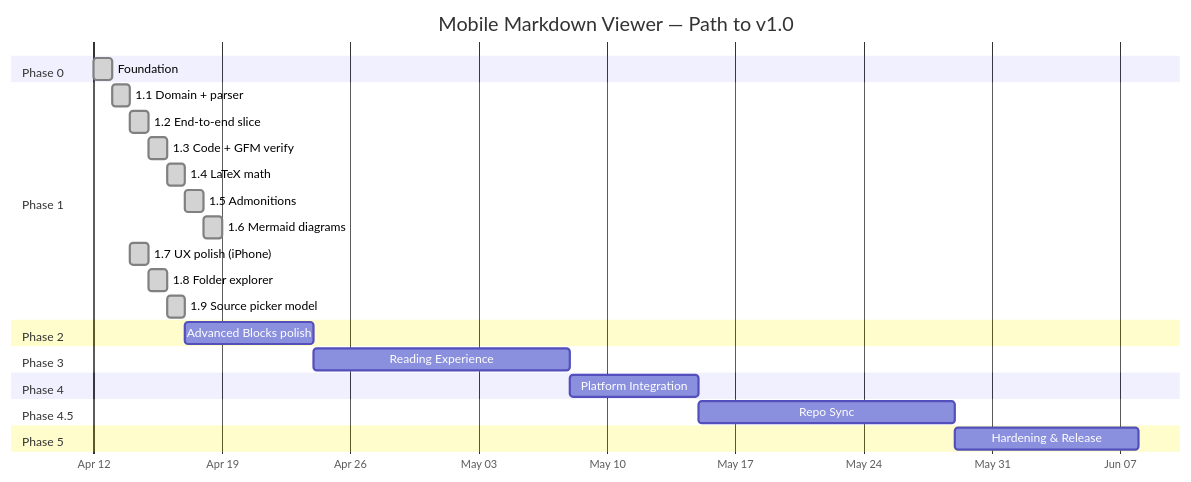
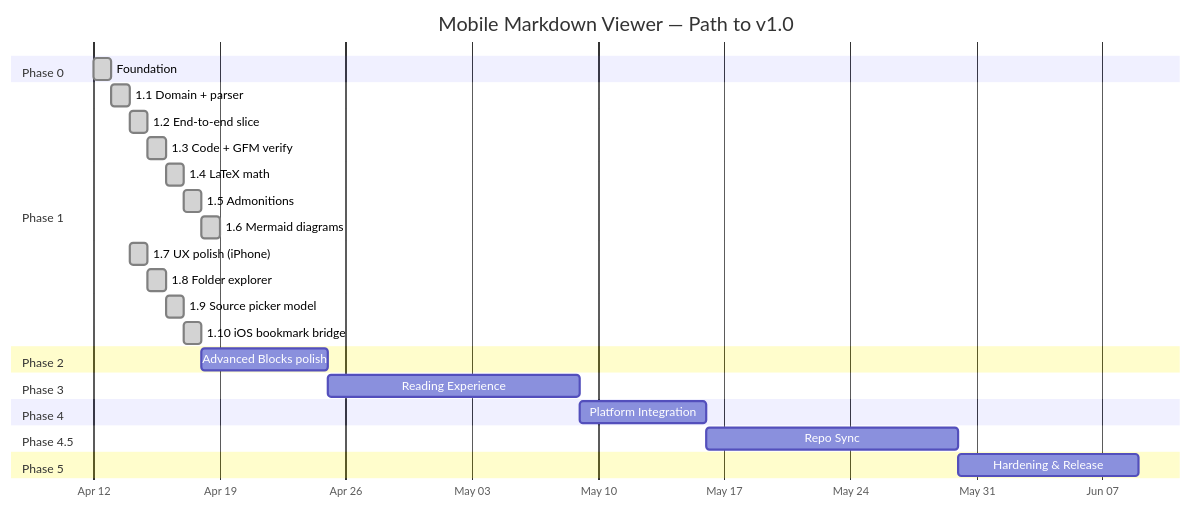
The diagram in docs/roadmap.md (cemililik/markdown-viewer-mobile), drawn with Mermaid before and after one commit. The commit also changed other lines of this file and 20 other files, not shown here.

````diff
--- a/docs/roadmap.md
+++ b/docs/roadmap.md
@@ -8,35 +8,36 @@
 ```mermaid
 gantt
     title Mobile Markdown Viewer — Path to v1.0
     dateFormat  YYYY-MM-DD
     axisFormat  %b %d
 
     section Phase 0
     Foundation               :done, p0, 2026-04-12, 1d
 
     section Phase 1
     1.1 Domain + parser      :done, p11, 2026-04-13, 1d
     1.2 End-to-end slice     :done, p12, after p11, 1d
     1.3 Code + GFM verify    :done, p13, after p12, 1d
     1.4 LaTeX math           :done, p14, after p13, 1d
     1.5 Admonitions          :done, p15, after p14, 1d
     1.6 Mermaid diagrams     :done, p16, after p15, 1d
     1.7 UX polish (iPhone)   :done, p17, 2026-04-14, 1d
     1.8 Folder explorer      :done, p18, after p17, 1d
     1.9 Source picker model  :done, p19, after p18, 1d
+    1.10 iOS bookmark bridge :done, p110, after p19, 1d
 
     section Phase 2
-    Advanced Blocks polish   :p2, after p19, 7d
+    Advanced Blocks polish   :p2, after p110, 7d
 
     section Phase 3
     Reading Experience       :p3, after p2, 14d
 
     section Phase 4
     Platform Integration     :p4, after p3, 7d
 
     section Phase 4.5
     Repo Sync                :p45, after p4, 14d
 
     section Phase 5
     Hardening & Release      :p5, after p45, 10d
 ```
````
